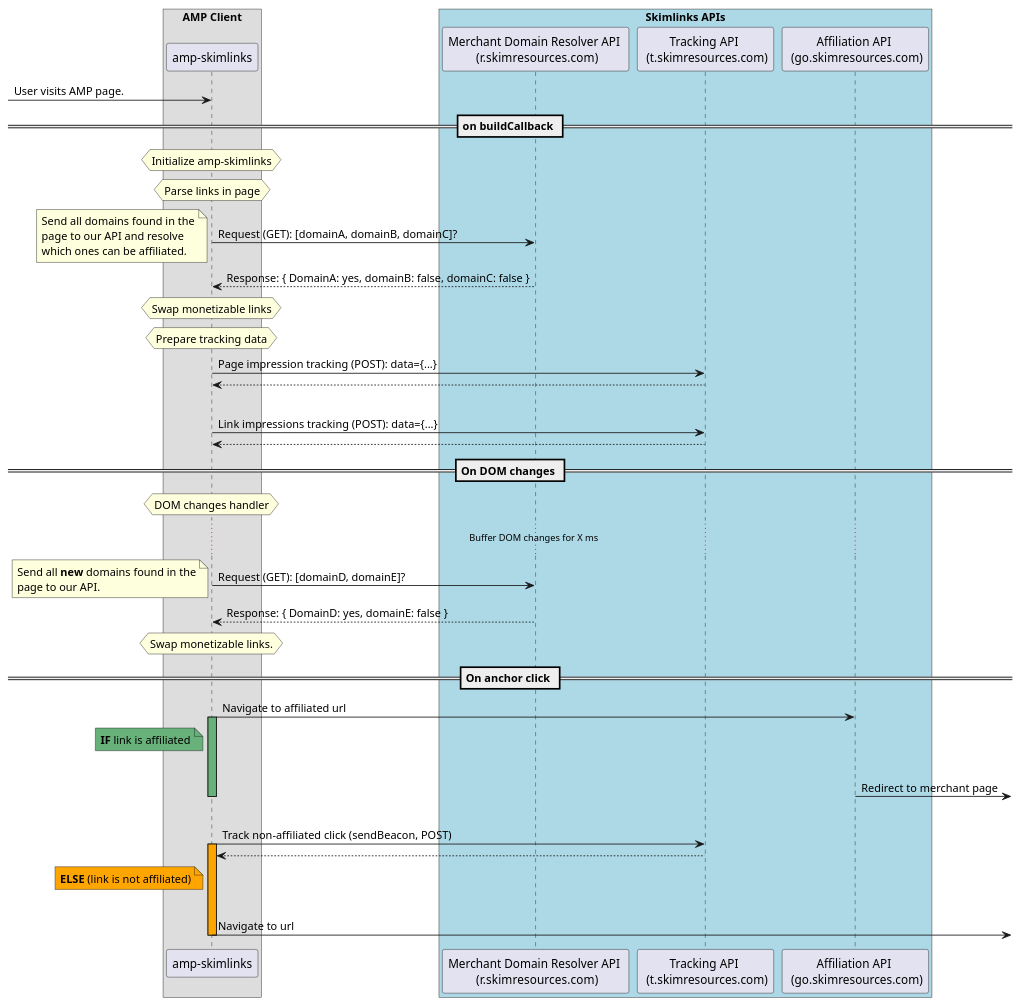
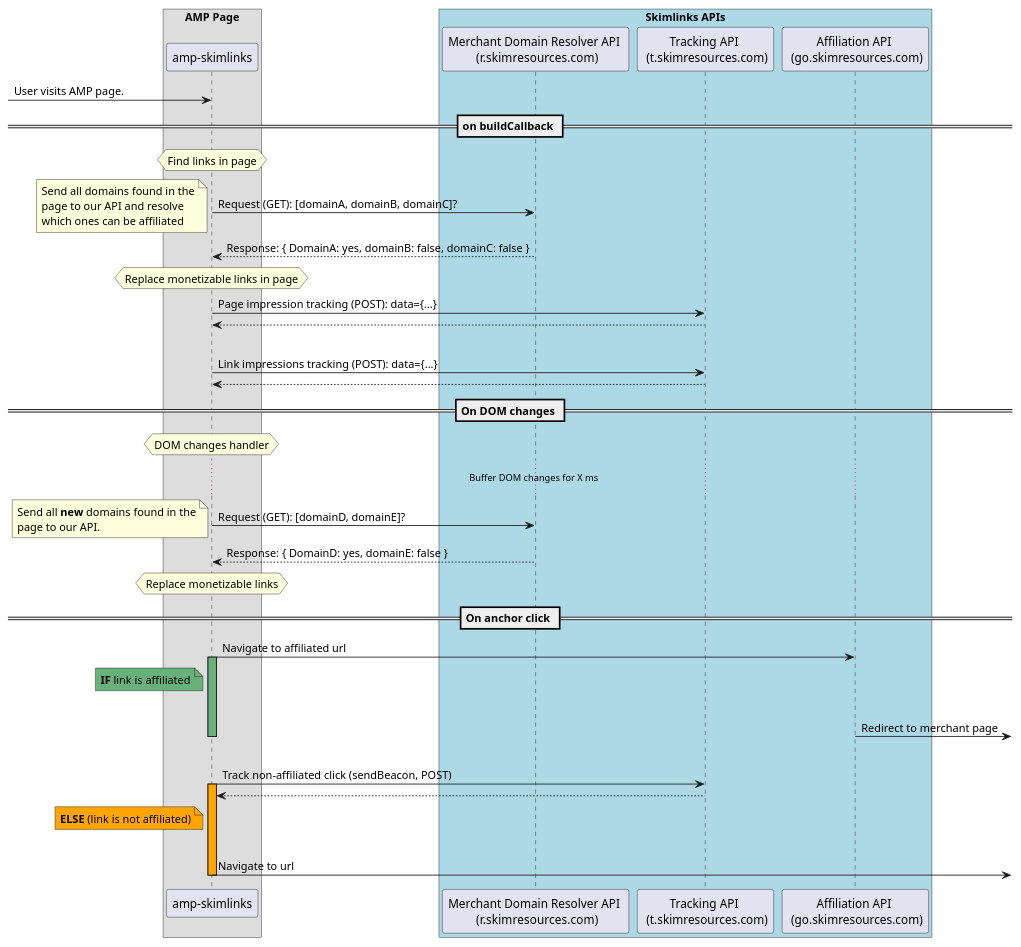
Before and after one commit to ampproject/amphtml: the diagram in extensions/amp-skimlinks/doc.puml, drawn with PlantUML.

Commit message:
Updating design doc graph

```diff
--- a/extensions/amp-skimlinks/doc.puml
+++ b/extensions/amp-skimlinks/doc.puml
@@ -1,72 +1,72 @@
 @startuml
-box "AMP Client"
+box "AMP Page"
     participant AMPskimlinks as "amp-skimlinks"
 end box
 
 [-> AMPskimlinks: User visits AMP page.
 
 ==  on buildCallback ==
-hnote over AMPskimlinks: Initialize amp-skimlinks
-hnote over AMPskimlinks: Parse links in page
+'hnote over AMPskimlinks: Initialize amp-skimlinks
+hnote over AMPskimlinks: Find links in page
 AMPskimlinks -> DomainResolverAPI as "Merchant Domain Resolver API \n (r.skimresources.com)": Request (GET): [domainA, domainB, domainC]?
 note left
     Send all domains found in the
     page to our API and resolve
-    which ones can be affiliated.
+    which ones can be affiliated
 end note
 DomainResolverAPI --> AMPskimlinks: Response: { DomainA: yes, domainB: false, domainC: false }
-hnote over AMPskimlinks: Swap monetizable links
-hnote over AMPskimlinks: Prepare tracking data
+hnote over AMPskimlinks: Replace monetizable links in page
+'hnote over AMPskimlinks: Prepare tracking data
 AMPskimlinks -> TrackingAPI as "Tracking API \n (t.skimresources.com)": Page impression tracking (POST): data={...}
 TrackingAPI --> AMPskimlinks:
 |||
 AMPskimlinks -> TrackingAPI: Link impressions tracking (POST): data={...}
 TrackingAPI --> AMPskimlinks:
 
 == On DOM changes ==
 hnote over AMPskimlinks: DOM changes handler
 ... Buffer DOM changes for X ms ...
 AMPskimlinks -> DomainResolverAPI: Request (GET): [domainD, domainE]?
 note left
     Send all **new** domains found in the
     page to our API.
 end note
 DomainResolverAPI --> AMPskimlinks: Response: { DomainD: yes, domainE: false }
-hnote over AMPskimlinks: Swap monetizable links.
+hnote over AMPskimlinks: Replace monetizable links
 
 == On anchor click ==
 'IF
 AMPskimlinks -> AffiliationAPI as "Affiliation API \n (go.skimresources.com)": Navigate to affiliated url
 note left AMPskimlinks #68b17a: **IF** link is affiliated
 activate AMPskimlinks #68b17a
 |||
 AffiliationAPI ->] : Redirect to merchant page
 deactivate AMPskimlinks
 
 |||
 
 ' ELSE
 AMPskimlinks -> TrackingAPI: Track non-affiliated click (sendBeacon, POST)
 activate AMPskimlinks #orange
 TrackingAPI --> AMPskimlinks
 note left AMPskimlinks #orange: **ELSE** (link is not affiliated)
 |||
 AMPskimlinks ->] : Navigate to url
 deactivate AMPskimlinks
 
 ' alt link is not affiliated
 '     AMPskimlinks -> TrackingAPI: Track non-affilaited click (POST)
 '     AMPskimlinks ->] : Go to Merchant page
 ' else link is affiliated
 '     |||
 '     AMPskimlinks -> AffiliationAPI: Affiliated click
 '     AffiliationAPI ->] : Redirect to Merchant page
 ' end
 
 box "Skimlinks APIs" #LightBlue
 	participant DomainResolverAPI
     participant TrackingAPI
     participant AffiliationAPI
 end box
 
 @enduml
```
